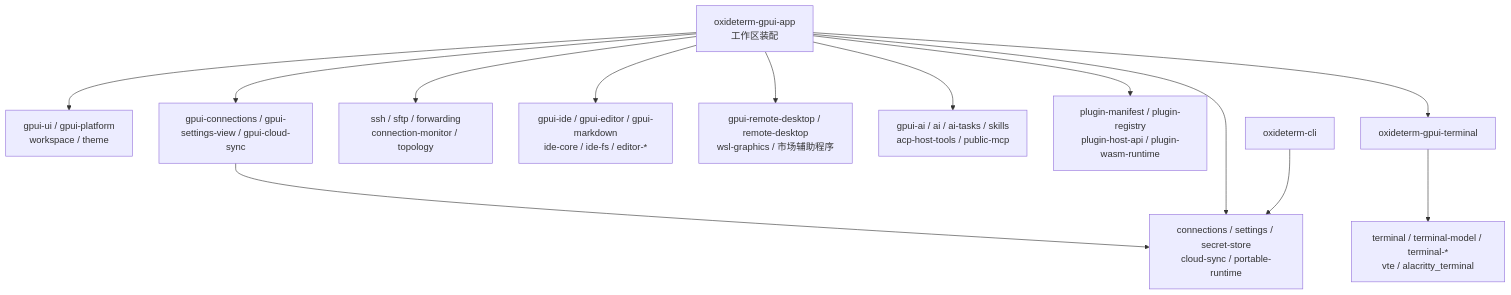
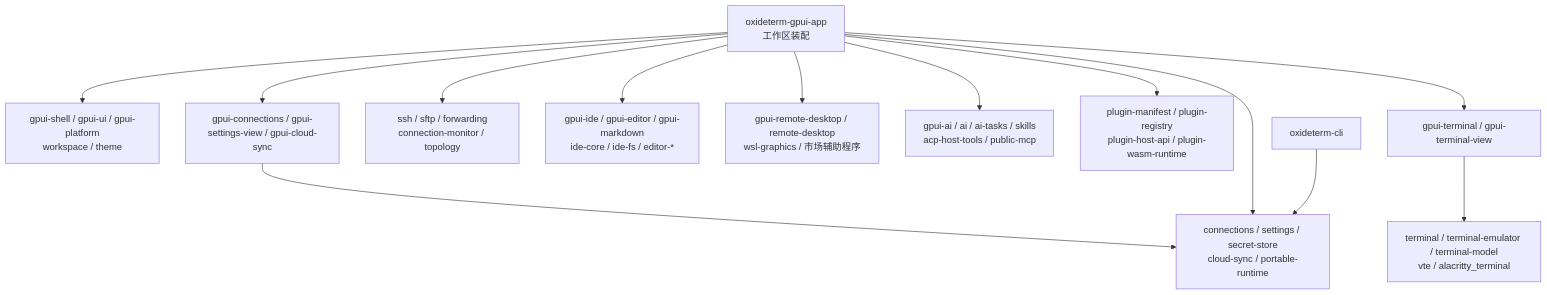
One commit to AnalyseDeCircuit/oxideterm changed diagram 46 of 46 in docs/user-guide/zh-Hans/architecture.md. Above: the diagram before and after it, drawn with Mermaid. The commit also changed other lines of this file and 58 other files, not shown here.

````diff
--- a/docs/user-guide/zh-Hans/architecture.md
+++ b/docs/user-guide/zh-Hans/architecture.md
@@ -2890,29 +2900,29 @@
 ```mermaid
 %%{init: {"layout": "dagre", "flowchart": {"nodeSpacing": 45, "rankSpacing": 75, "curve": "basis"}}}%%
 flowchart TB
     App["oxideterm-gpui-app<br/>工作区装配"]
-    SharedUI["gpui-ui / gpui-platform<br/>workspace / theme"]
-    TerminalUI["oxideterm-gpui-terminal"]
-    Terminal["terminal / terminal-model / terminal-*<br/>vte / alacritty_terminal"]
+    SharedUI["gpui-shell / gpui-ui / gpui-platform<br/>workspace / theme"]
+    TerminalUI["gpui-terminal / gpui-terminal-view"]
+    Terminal["terminal / terminal-emulator / terminal-model<br/>vte / alacritty_terminal"]
     Remote["ssh / sftp / forwarding<br/>connection-monitor / topology"]
     Editor["gpui-ide / gpui-editor / gpui-markdown<br/>ide-core / ide-fs / editor-*"]
     Graphics["gpui-remote-desktop / remote-desktop<br/>wsl-graphics / 市场辅助程序"]
     AI["gpui-ai / ai / ai-tasks / skills<br/>acp-host-tools / public-mcp"]
     Plugin["plugin-manifest / plugin-registry<br/>plugin-host-api / plugin-wasm-runtime"]
     Durable["connections / settings / secret-store<br/>cloud-sync / portable-runtime"]
     CLI["oxideterm-cli"]
 
     App --> SharedUI
     FeatureViews["gpui-connections / gpui-settings-view / gpui-cloud-sync"]
     App --> FeatureViews
     FeatureViews --> Durable
     App --> TerminalUI
     TerminalUI --> Terminal
     App --> Remote
     App --> Editor
     App --> Graphics
     App --> AI
     App --> Plugin
     App --> Durable
     CLI --> Durable
 ```
````
